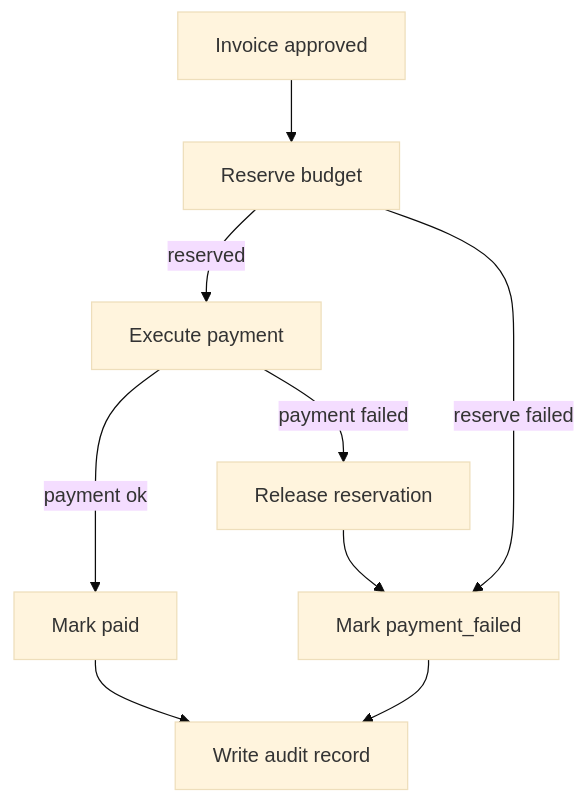
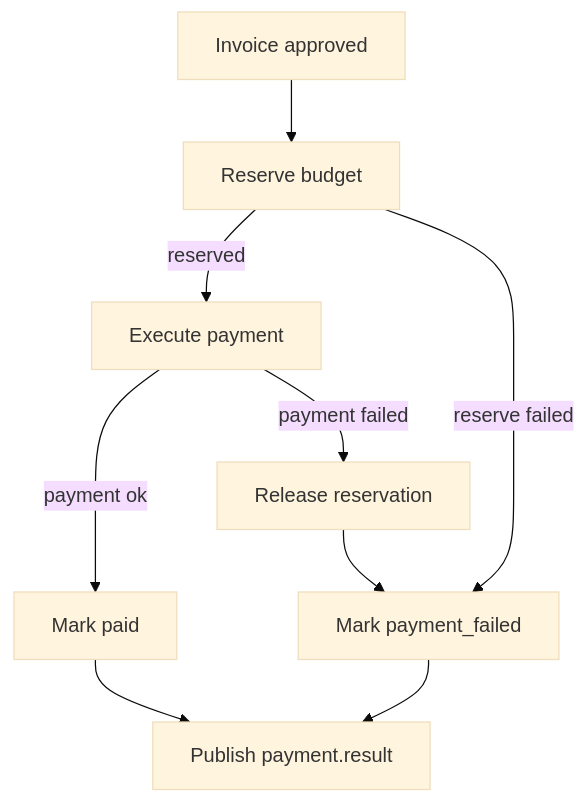
One commit to noasivan1/approval-flow changed the third of 3 diagrams in ARCHITECTURE.md. Above: the diagram before and after it, drawn with Mermaid (base theme). The commit also changed other lines of this file and 23 other files, not shown here.

````diff
--- a/ARCHITECTURE.md
+++ b/ARCHITECTURE.md
@@ -149,11 +149,11 @@
 ```mermaid
 flowchart TD
     A[Invoice approved] --> B[Reserve budget]
     B -->|reserved| C[Execute payment]
     B -->|reserve failed| F[Mark payment_failed]
     C -->|payment ok| D[Mark paid]
     C -->|payment failed| E[Release reservation]
     E --> F
-    D --> G[Write audit record]
+    D --> G[Publish payment.result]
     F --> G
 ```
````
